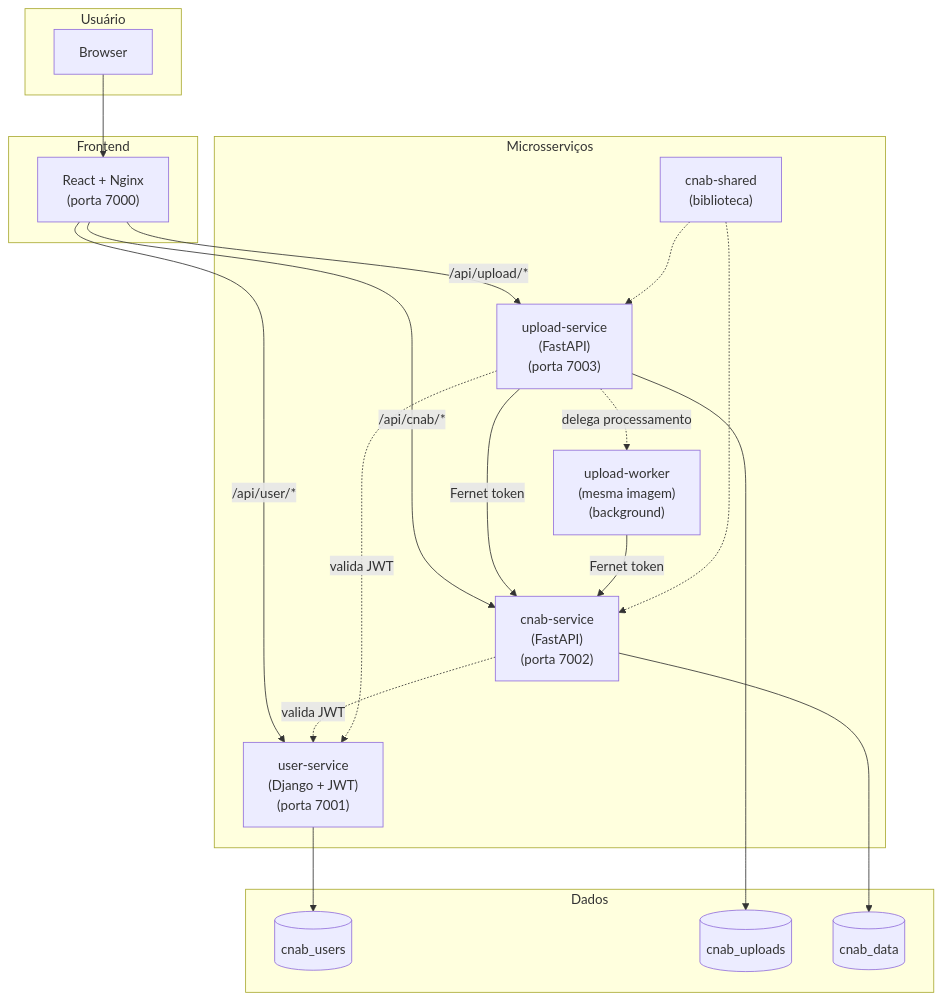
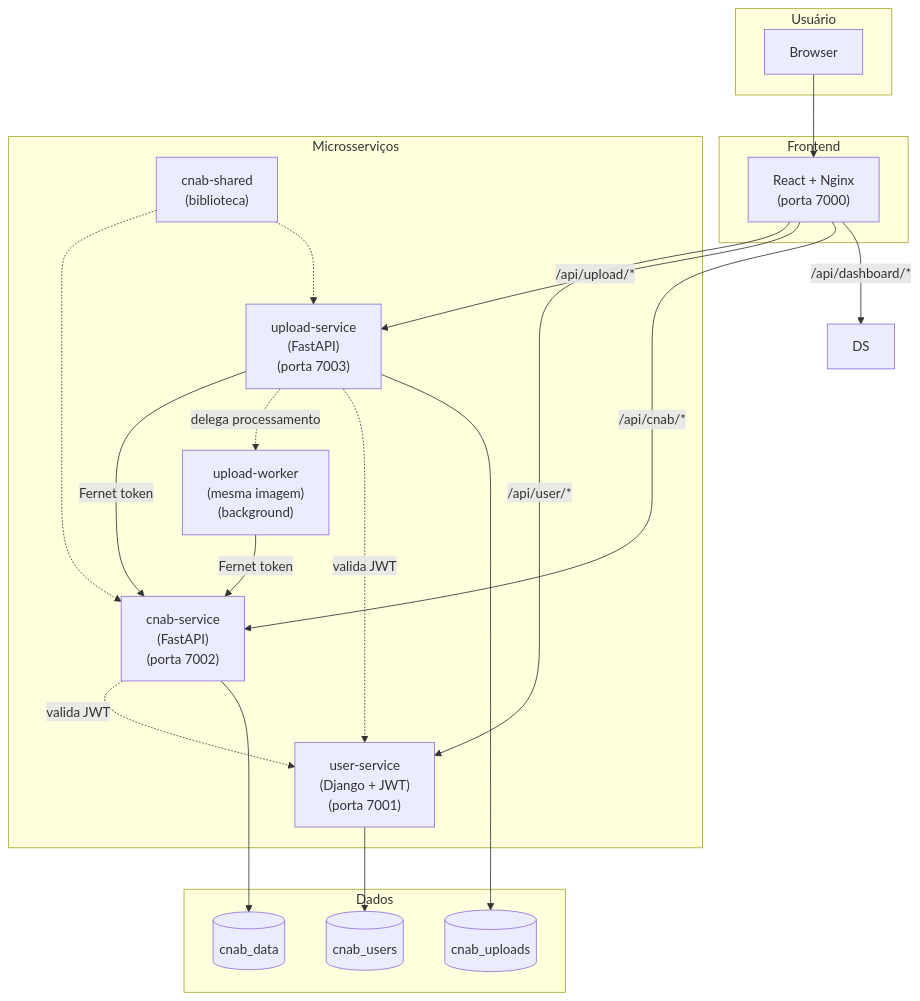
The diagram in docs/00-context/system-context.md (LucasBiason/desafio-dev), drawn with Mermaid before and after one commit. The commit also changed other lines of this file and 2 other files, not shown here.

````diff
--- a/docs/00-context/system-context.md
+++ b/docs/00-context/system-context.md
@@ -16,39 +16,40 @@
 ```mermaid
 flowchart TB
   subgraph User["Usuário"]
     Browser[Browser]
   end
 
   subgraph Frontend["Frontend"]
     FE["React + Nginx\n(porta 7000)"]
   end
 
   subgraph Services["Microsserviços"]
     US["user-service\n(Django + JWT)\n(porta 7001)"]
     UPS["upload-service\n(FastAPI)\n(porta 7003)"]
     UPW["upload-worker\n(mesma imagem)\n(background)"]
     CS["cnab-service\n(FastAPI)\n(porta 7002)"]
     SH["cnab-shared\n(biblioteca)"]
   end
 
   subgraph Data["Dados"]
     PG_USERS[("cnab_users")]
     PG_UPLOADS[("cnab_uploads")]
     PG_DATA[("cnab_data")]
   end
 
   Browser --> FE
   FE -->|"/api/user/*"| US
   FE -->|"/api/upload/*"| UPS
   FE -->|"/api/cnab/*"| CS
+  FE -->|"/api/dashboard/*"| DS
   UPS -->|"Fernet token"| CS
   UPS -.->|"delega processamento"| UPW
   UPW -->|"Fernet token"| CS
   CS -.->|"valida JWT"| US
   UPS -.->|"valida JWT"| US
   SH -.-> CS
   SH -.-> UPS
   US --> PG_USERS
   UPS --> PG_UPLOADS
   CS --> PG_DATA
 ```
````
